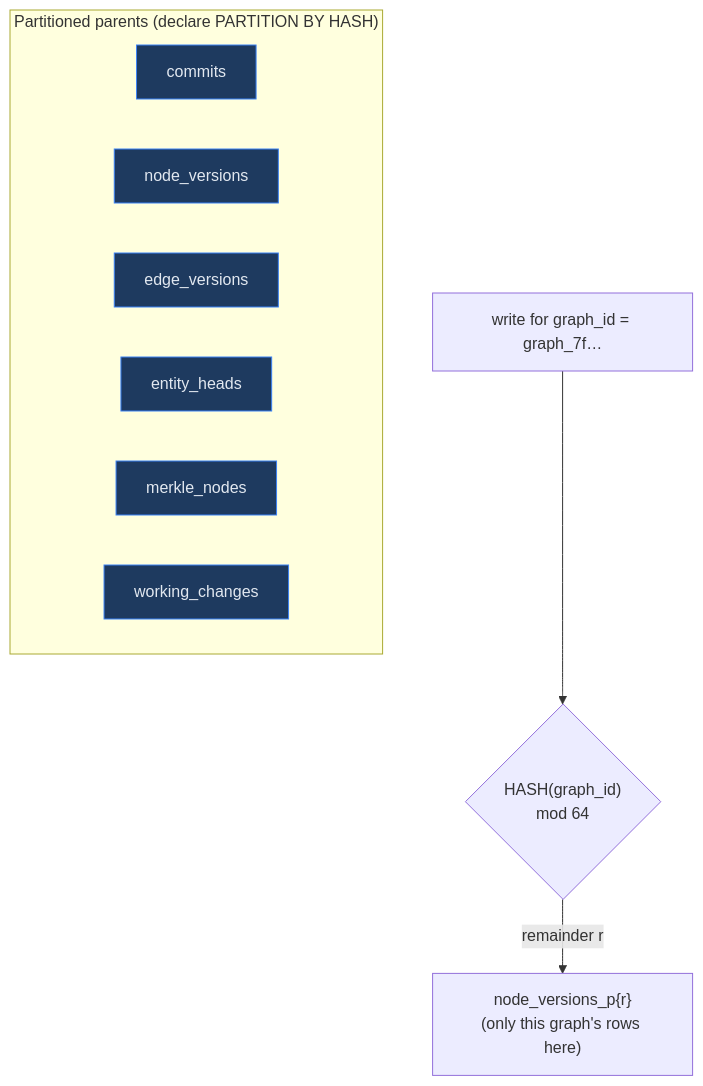
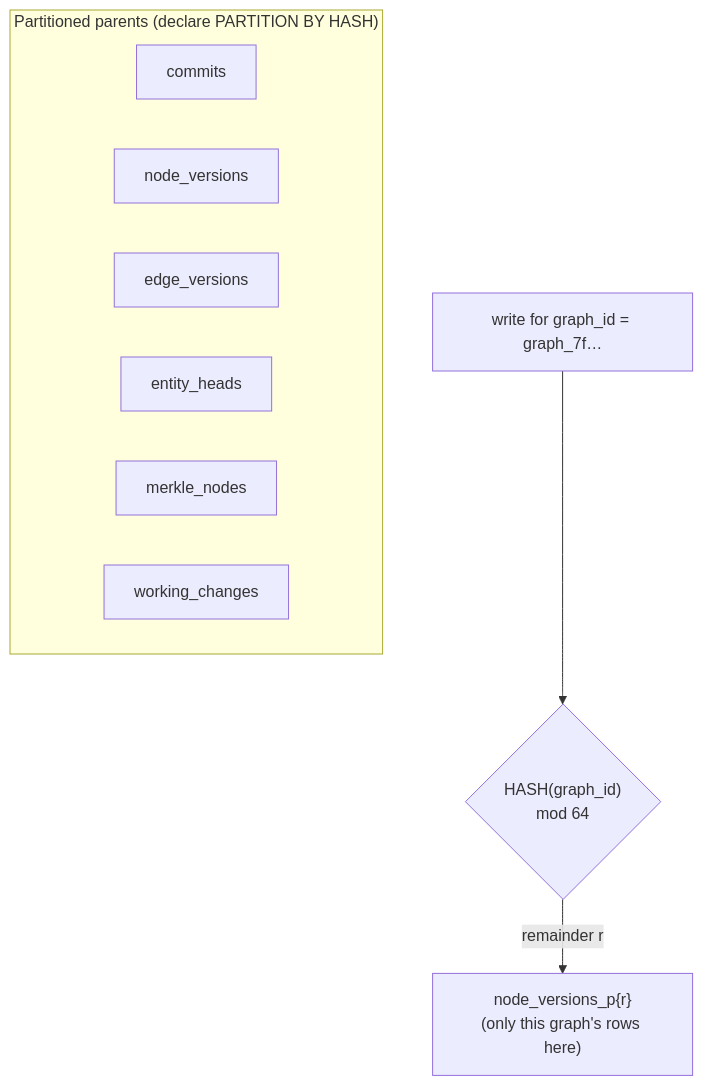
One commit to rkrumins/dataviz changed the third of 3 diagrams in docs/versioning/02-data-model.md. Above: the diagram before and after it, drawn with Mermaid. The commit also changed other lines of this file and 46 other files, not shown here.

````diff
--- a/docs/versioning/02-data-model.md
+++ b/docs/versioning/02-data-model.md
@@ -325,15 +323,14 @@
 ```mermaid
 graph TB
     W["write for graph_id = graph_7f…"] --> H{"HASH(graph_id)<br/>mod 64"}
     H -->|remainder r| P["node_versions_p{r}<br/>(only this graph's rows here)"]
     subgraph Parents["Partitioned parents (declare PARTITION BY HASH)"]
         direction LR
         C["commits"]:::t
         NVp["node_versions"]:::t
         EVp["edge_versions"]:::t
         EH["entity_heads"]:::t
         MN["merkle_nodes"]:::t
         WC["working_changes"]:::t
     end
-    classDef t fill:#1e3a5f,stroke:#3b82f6,color:#e2e8f0
 ```
````
